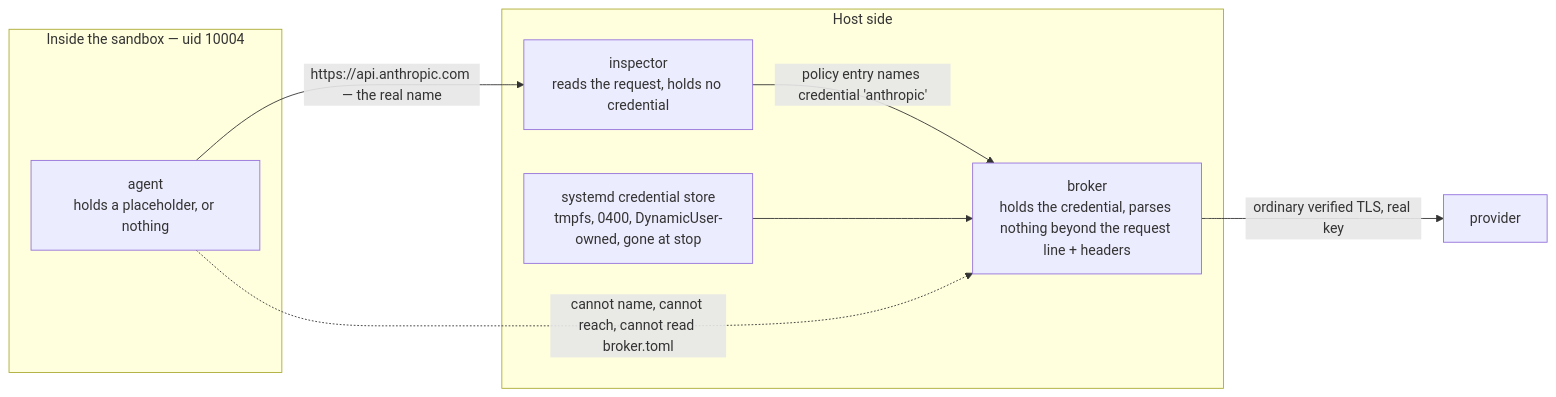
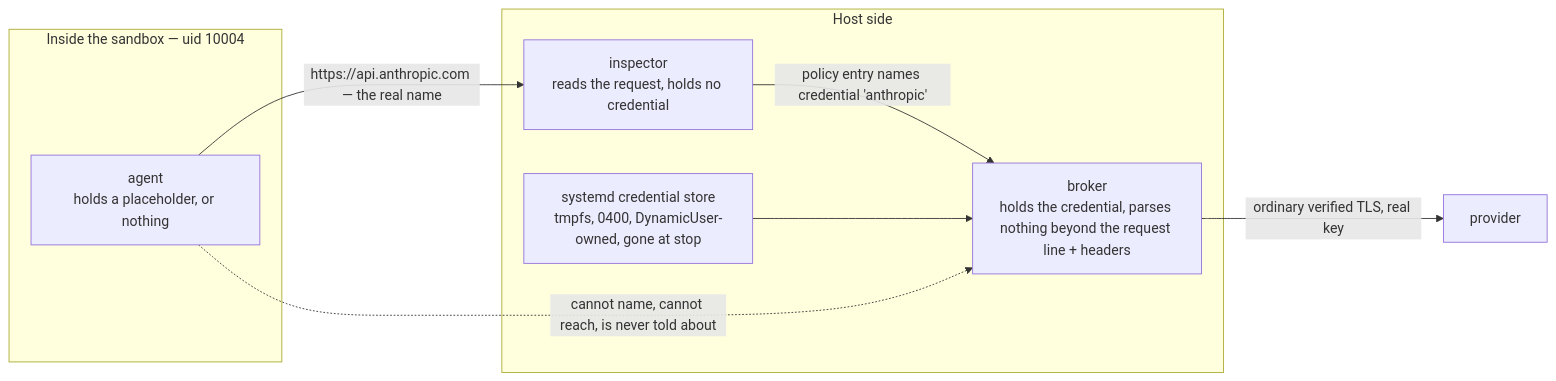
Before and after one commit to BenSmith/workloadctl: the seventh of 7 diagrams in docs/egress-and-broker-architecture.md, drawn with Mermaid. The commit also changed other lines of this file and 29 other files, not shown here.

First line of the commit message:
workloadctl: the broker takes flags; broker.toml, its writer and its reader go

````diff
--- a/docs/egress-and-broker-architecture.md
+++ b/docs/egress-and-broker-architecture.md
@@ -303,18 +303,18 @@
 ```mermaid
 flowchart LR
   subgraph inside["Inside the sandbox — uid 10004"]
     A["agent<br/>holds a placeholder, or nothing"]
   end
   subgraph host["Host side"]
     I2["inspector<br/>reads the request, holds no credential"]
     B2["broker<br/>holds the credential, parses nothing beyond the request line + headers"]
     CS["systemd credential store<br/>tmpfs, 0400, DynamicUser-owned, gone at stop"]
   end
   P2["provider"]
 
   A -->|"https://api.anthropic.com — the real name"| I2
   I2 -->|"policy entry names credential 'anthropic'"| B2
   CS --> B2
   B2 -->|"ordinary verified TLS, real key"| P2
-  A -.->|"cannot name, cannot reach, cannot read broker.toml"| B2
+  A -.->|"cannot name, cannot reach, is never told about"| B2
 ```
````
